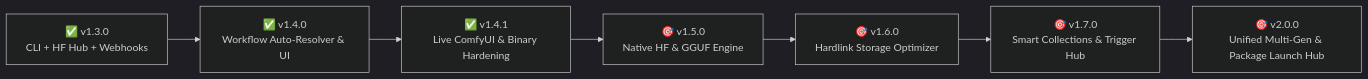
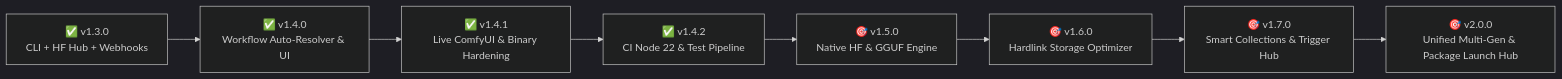
The diagram in ROADMAP.md (DevNullInc/Civitai-manager-ComfyUI), drawn with Mermaid (dark theme) before and after one commit. The commit also changed other lines of this file and 25 other files, not shown here.

First line of the commit message:
chore(release): bump version to 1.4.2, track test suite, and modernize CI to Node 22

````diff
--- a/ROADMAP.md
+++ b/ROADMAP.md
@@ -9,9 +9,10 @@
 ```mermaid
 graph LR
     v13["✅ v1.3.0<br/>CLI + HF Hub + Webhooks"] --> v14["✅ v1.4.0<br/>Workflow Auto-Resolver & UI"]
     v14 --> v141["✅ v1.4.1<br/>Live ComfyUI & Binary Hardening"]
-    v141 --> v15["🎯 v1.5.0<br/>Native HF & GGUF Engine"]
+    v141 --> v142["✅ v1.4.2<br/>CI Node 22 & Test Pipeline"]
+    v142 --> v15["🎯 v1.5.0<br/>Native HF & GGUF Engine"]
     v15 --> v16["🎯 v1.6.0<br/>Hardlink Storage Optimizer"]
     v16 --> v17["🎯 v1.7.0<br/>Smart Collections & Trigger Hub"]
     v17 --> v20["🎯 v2.0.0<br/>Unified Multi-Gen & Package Launch Hub"]
 ```
````
